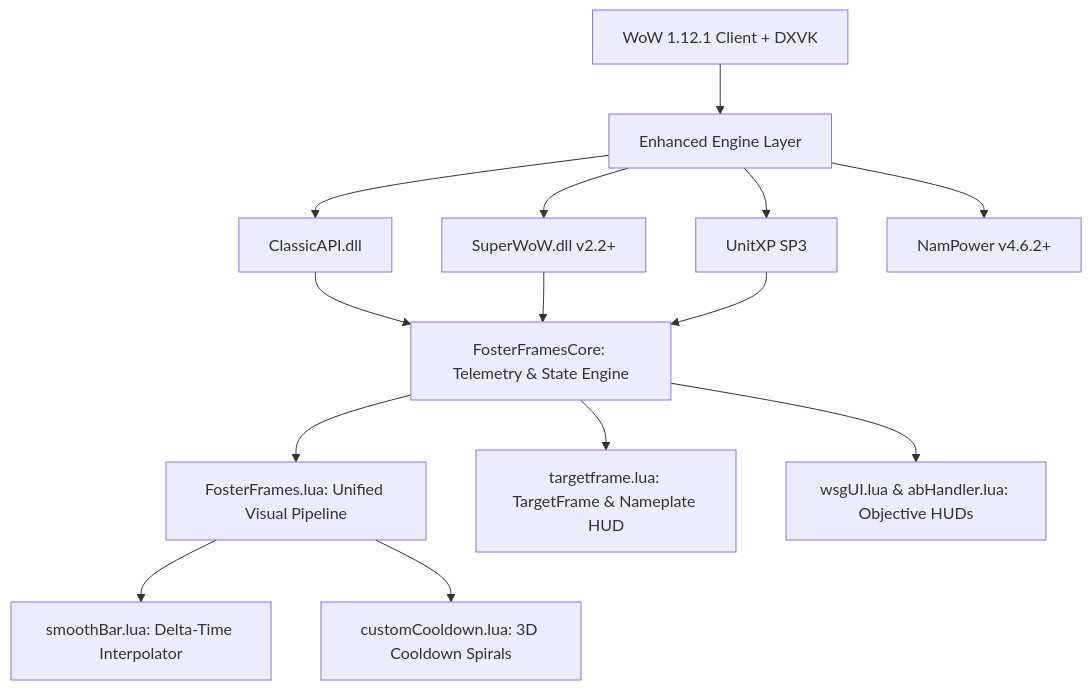
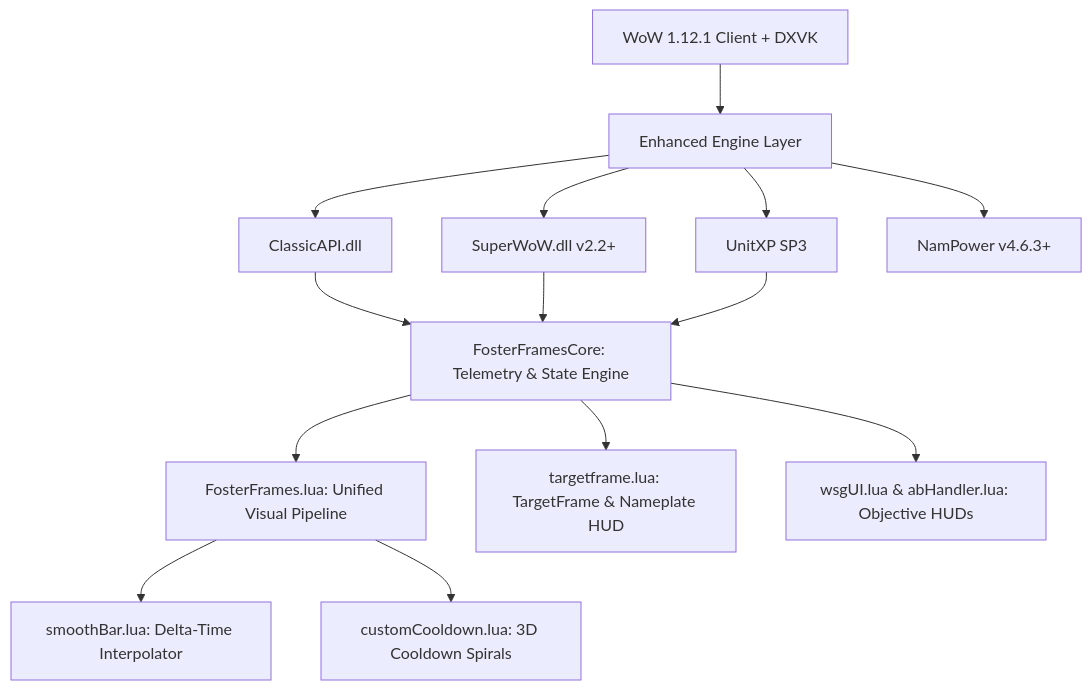
One commit to Fostercare5988/FosterFrames changed the diagram in README.md. Above: the diagram before and after it, drawn with Mermaid. The commit also changed other lines of this file, not shown here.

Commit message:
chore(engine): update NamPower engine dependency to v4.6.3+

````diff
--- a/README.md
+++ b/README.md
@@ -49,19 +49,19 @@
 ```mermaid
 graph TD
     Client[WoW 1.12.1 Client + DXVK] --> Engine[Enhanced Engine Layer]
     Engine --> CAPI[ClassicAPI.dll]
     Engine --> SW[SuperWoW.dll v2.2+]
     Engine --> UXP[UnitXP SP3]
-    Engine --> NP[NamPower v4.6.2+]
+    Engine --> NP[NamPower v4.6.3+]
 
     CAPI --> Core[FosterFramesCore: Telemetry & State Engine]
     SW --> Core
     UXP --> Core
 
     Core --> VSuite[FosterFrames.lua: Unified Visual Pipeline]
     Core --> TargetHUD[targetframe.lua: TargetFrame & Nameplate HUD]
     Core --> BGHud[wsgUI.lua & abHandler.lua: Objective HUDs]
 
     VSuite --> Smooth[smoothBar.lua: Delta-Time Interpolator]
     VSuite --> CDModels[customCooldown.lua: 3D Cooldown Spirals]
 ```
````
